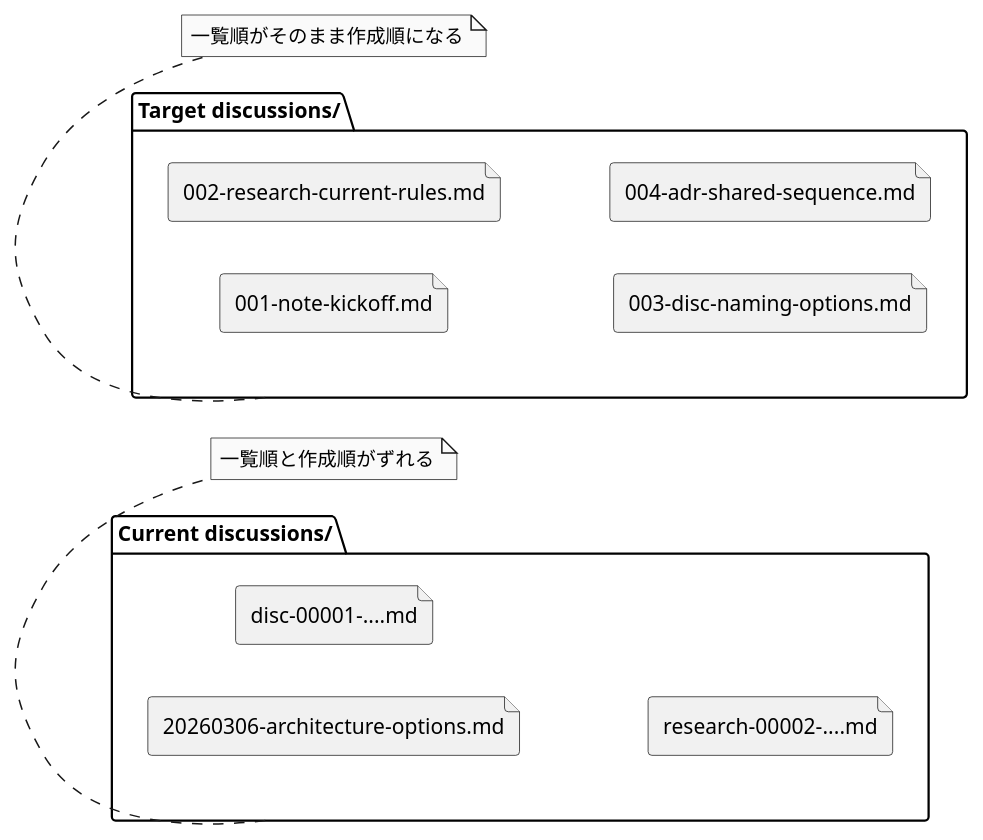
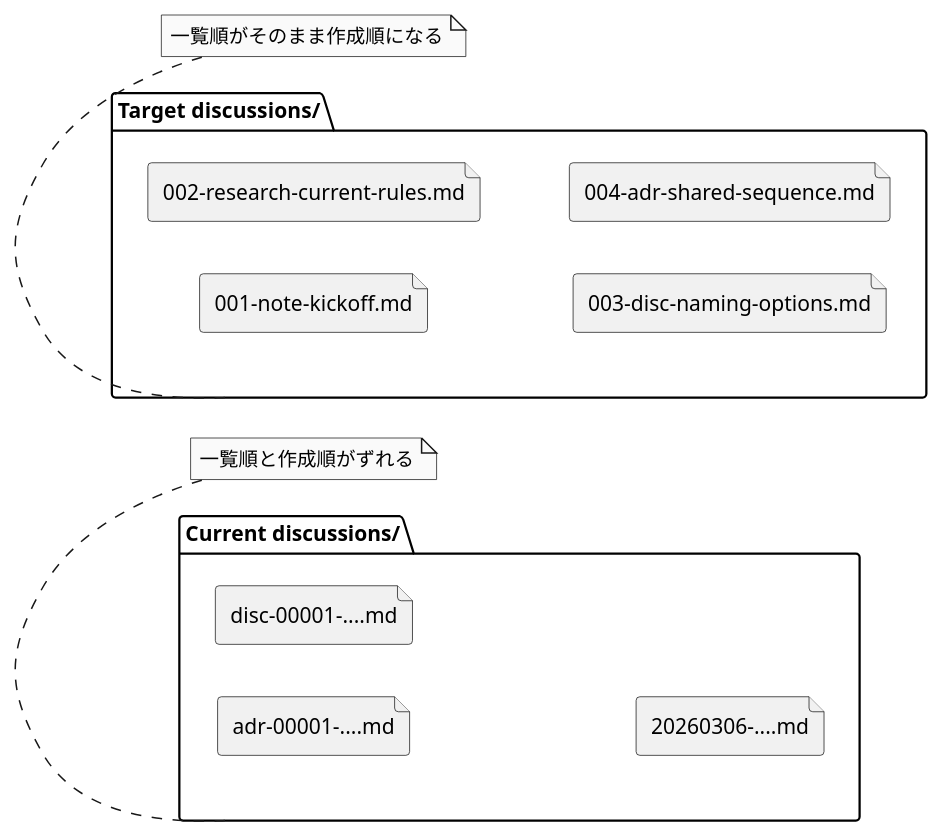
Before and after one commit to chemitaro/spec-dock: the diagram in spec-deps/current/requirement.md, drawn with PlantUML. The commit also changed other lines of this file and 2 other files, not shown here.

````diff
--- a/spec-deps/current/requirement.md
+++ b/spec-deps/current/requirement.md
@@ -86,27 +67,27 @@
 ```plantuml
 @startuml
 skinparam monochrome true
 left to right direction
 
 folder "Current discussions/" as current {
-  file "20260306-architecture-options.md"
+  file "adr-00001-....md"
   file "disc-00001-....md"
-  file "research-00002-....md"
+  file "20260306-....md"
 }
 
 folder "Target discussions/" as target {
   file "001-note-kickoff.md"
   file "002-research-current-rules.md"
   file "003-disc-naming-options.md"
   file "004-adr-shared-sequence.md"
 }
 
 note bottom of current
 一覧順と作成順がずれる
 end note
 
 note bottom of target
 一覧順がそのまま作成順になる
 end note
 @enduml
 ```
````
